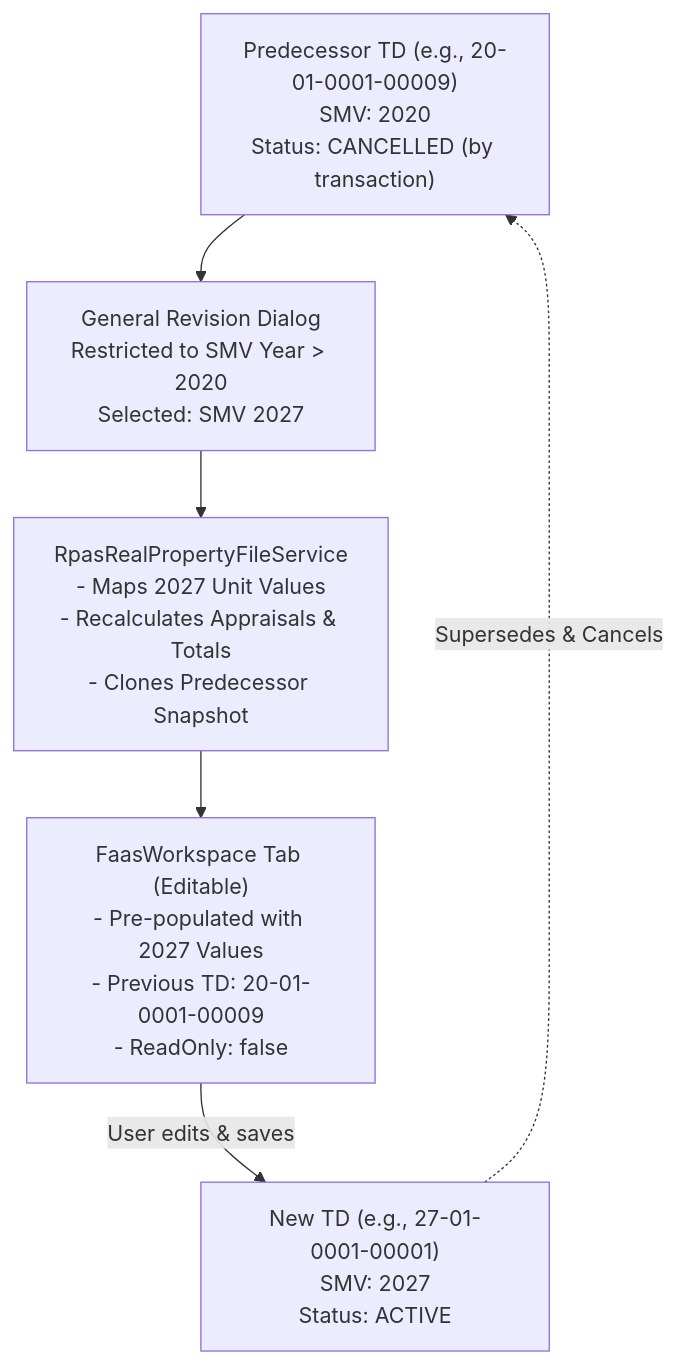
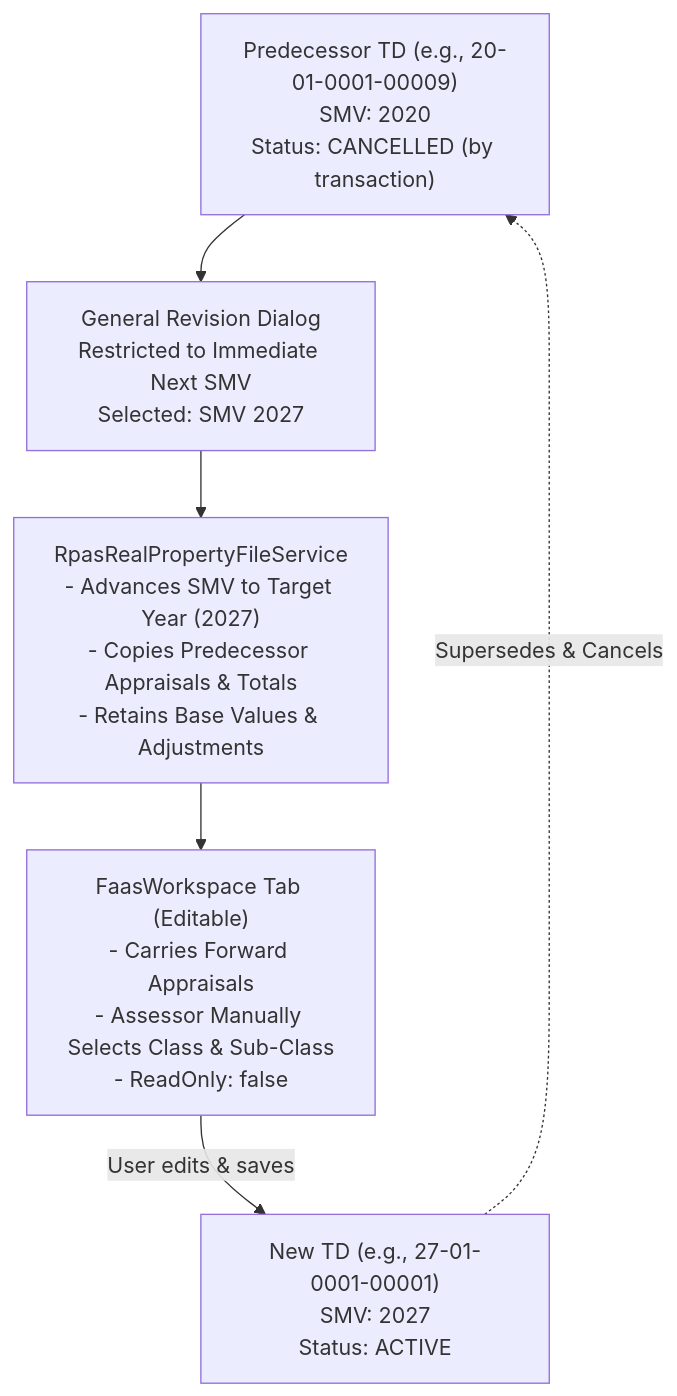
Before and after one commit to lexlexlex69/rpas-docs: the diagram in architecture/rpas_general_revision_specification.md, drawn with Mermaid. The commit also changed other lines of this file and 2 other files, not shown here.

Commit message:
docs: add architecture specifications for RPAS transactions, general revisions, and bulk revisions

````diff
--- a/architecture/rpas_general_revision_specification.md
+++ b/architecture/rpas_general_revision_specification.md
@@ -12,14 +12,14 @@
 ```mermaid
 graph TD
     Predecessor["Predecessor TD (e.g., 20-01-0001-00009)<br/>SMV: 2020<br/>Status: CANCELLED (by transaction)"]
-    GRModal["General Revision Dialog<br/>Restricted to SMV Year > 2020<br/>Selected: SMV 2027"]
-    BackendService["RpasRealPropertyFileService<br/>- Maps 2027 Unit Values<br/>- Recalculates Appraisals & Totals<br/>- Clones Predecessor Snapshot"]
-    Workspace["FaasWorkspace Tab (Editable)<br/>- Pre-populated with 2027 Values<br/>- Previous TD: 20-01-0001-00009<br/>- ReadOnly: false"]
+    GRModal["General Revision Dialog<br/>Restricted to Immediate Next SMV<br/>Selected: SMV 2027"]
+    BackendService["RpasRealPropertyFileService<br/>- Advances SMV to Target Year (2027)<br/>- Copies Predecessor Appraisals & Totals<br/>- Retains Base Values & Adjustments"]
+    Workspace["FaasWorkspace Tab (Editable)<br/>- Carries Forward Appraisals<br/>- Assessor Manually Selects Class & Sub-Class<br/>- ReadOnly: false"]
     Successor["New TD (e.g., 27-01-0001-00001)<br/>SMV: 2027<br/>Status: ACTIVE"]
 
     Predecessor --> GRModal
     GRModal --> BackendService
     BackendService --> Workspace
     Workspace -- "User edits & saves" --> Successor
     Successor -. "Supersedes & Cancels" .-> Predecessor
 ```
````
